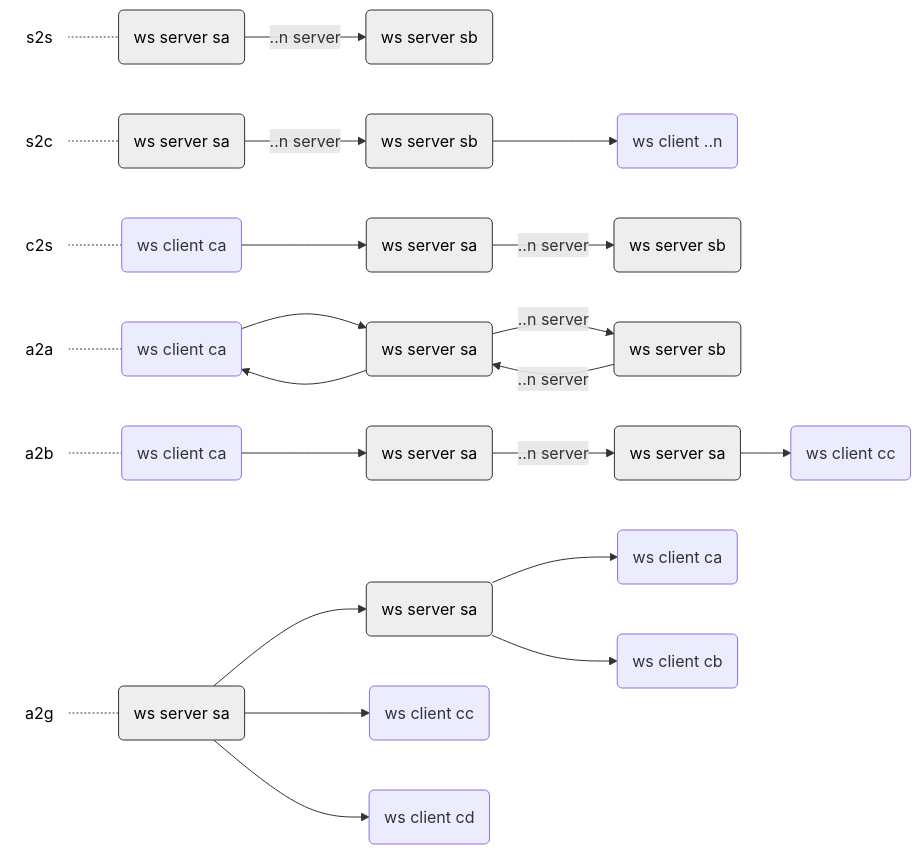
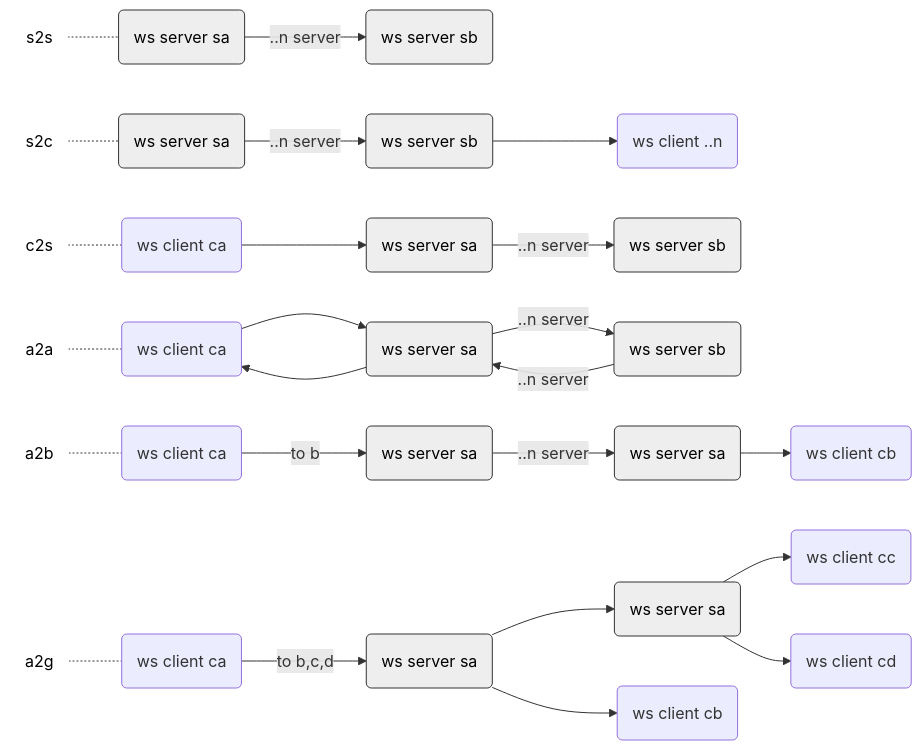
Before and after one commit to toshirot/w2w: the third of 7 diagrams in README.md, drawn with Mermaid.

````diff
--- a/README.md
+++ b/README.md
@@ -184,66 +184,67 @@
 ```mermaid
 flowchart LR
 
     %%multi_type1
         text_s2s(s2s):::class_text_min
         multi_type1s1(ws server sa):::class_server
         multi_type1s2(ws server sb):::class_server
             text_s2s -.- multi_type1s1
             multi_type1s1 --> |..n server| multi_type1s2
 
     %%multi_type2
         text_s2c(s2c):::class_text_min
         multi_type2s1(ws server sa):::class_server
         multi_type2s2(ws server sb):::class_server
         multi_type2c(ws client ..n) 
             text_s2c -.- multi_type2s1
             multi_type2s1 -->  |..n server| multi_type2s2 --> multi_type2c
 
     %%multi_type3
         text_c2s(c2s):::class_text_min
         multi_type3c(ws client ca) 
         multi_type3s1(ws server sa):::class_server
         multi_type3s2(ws server sb):::class_server
             text_c2s -.- multi_type3c
             multi_type3c --> multi_type3s1 -->  |..n server| multi_type3s2
 
     %%single_type4
         text_a2a(a2a):::class_text_min
         multi_type4c1(ws client ca) 
         multi_type4s1(ws server sa):::class_server 
         multi_type4s2(ws server sb):::class_server
             text_a2a -.- multi_type4c1
             multi_type4c1 --> multi_type4s1 --> |..n server| multi_type4s2 -->  |..n server| multi_type4s1--> multi_type4c1
  
      %%multi_type5
         text_a2b(a2b):::class_text_min
         multi_type5c1(ws client ca) 
         multi_type5s1(ws server sa):::class_server
         multi_type5s2(ws server sa):::class_server 
-        multi_type5c3(ws client cc) 
+        multi_type5c3(ws client cb) 
             text_a2b -.- multi_type5c1
-            multi_type5c1 --> multi_type5s1
+            multi_type5c1 -->  |to b| multi_type5s1
                         multi_type5s1 -->  |..n server| multi_type5s2
                         multi_type5s2 --> multi_type5c3
 
     %%single_type6
         text_a2g(a2g):::class_text_min
         multi_type6c1(ws client ca) 
         multi_type6s1(ws server sa):::class_server 
         multi_type6s2(ws server sa):::class_server 
         multi_type6c2(ws client cb) 
         multi_type6c3(ws client cc) 
         multi_type6c4(ws client cd) 
-            text_a2g -.- multi_type6s1
+            text_a2g -.- multi_type6c1
+            multi_type6c1 -->  |to b,c,d| multi_type6s1
+           
+            multi_type6s1 --> multi_type6c2
             multi_type6s1 --> multi_type6s2
-                multi_type6s2 --> multi_type6c1
-            multi_type6s2 --> multi_type6c2
-                        multi_type6s1 --> multi_type6c3
-                        multi_type6s1 --> multi_type6c4
+                        multi_type6s2 --> multi_type6c3
+                        multi_type6s2 --> multi_type6c4
 
 
 classDef class_server fill:#eee,color:#000,stroke:#333
 classDef class_text fill:#fff,color:#000,stroke:#fff
 classDef class_text_min fill:#fff,color:#000,stroke:#fff,margin:0
 
 ```
````
